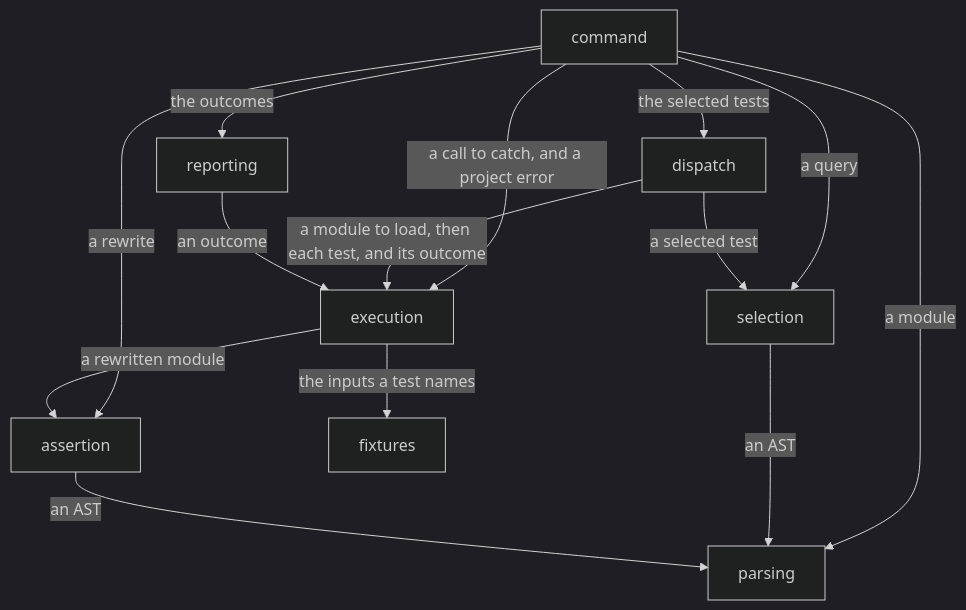
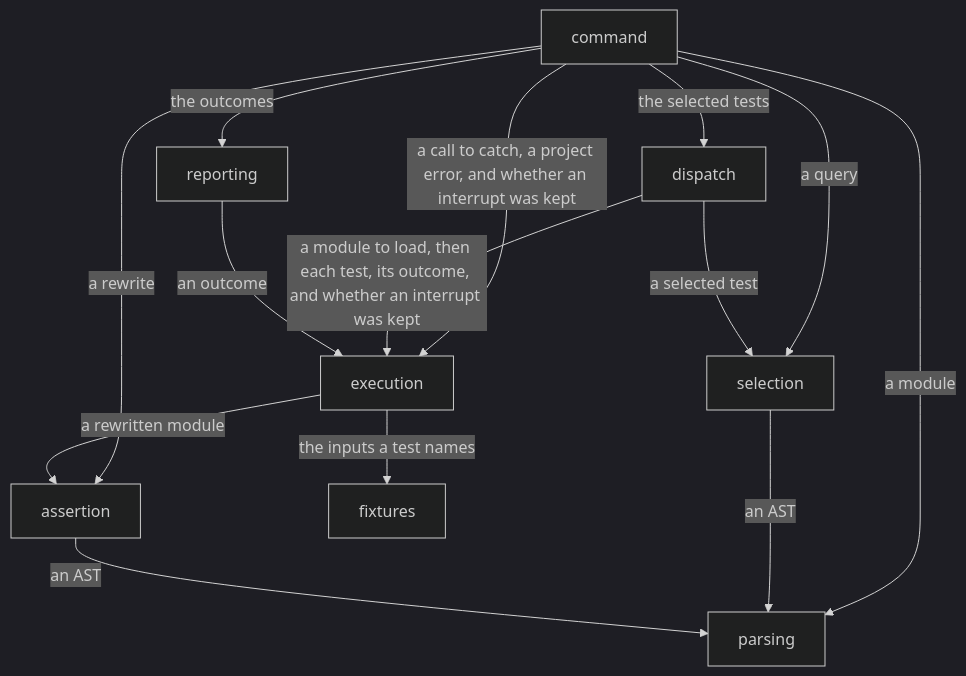
One commit to kalonji-tools/purba changed the second of 3 diagrams in LANDSCAPE.md. Above: the diagram before and after it, drawn with Mermaid (dark theme). The commit also changed other lines of this file and 3 other files, not shown here.

First line of the commit message:
docs: record the test and the window that execution meets (#806)

````diff
--- a/LANDSCAPE.md
+++ b/LANDSCAPE.md
@@ -68,16 +68,16 @@
 ```mermaid
 flowchart TD
   command -- "a query" --> selection
   command -- "the selected tests" --> dispatch
   command -- "the outcomes" --> reporting
   command -- "a module" --> parsing
   command -- "a rewrite" --> assertion
-  command -- "a call to catch, and a project error" --> execution
+  command -- "a call to catch, a project error, and whether an interrupt was kept" --> execution
   selection -- "an AST" --> parsing
   assertion -- "an AST" --> parsing
   dispatch -- "a selected test" --> selection
-  dispatch -- "a module to load, then each test, and its outcome" --> execution
+  dispatch -- "a module to load, then each test, its outcome, and whether an interrupt was kept" --> execution
   execution -- "the inputs a test names" --> fixtures
   execution -- "a rewritten module" --> assertion
   reporting -- "an outcome" --> execution
 ```
````
